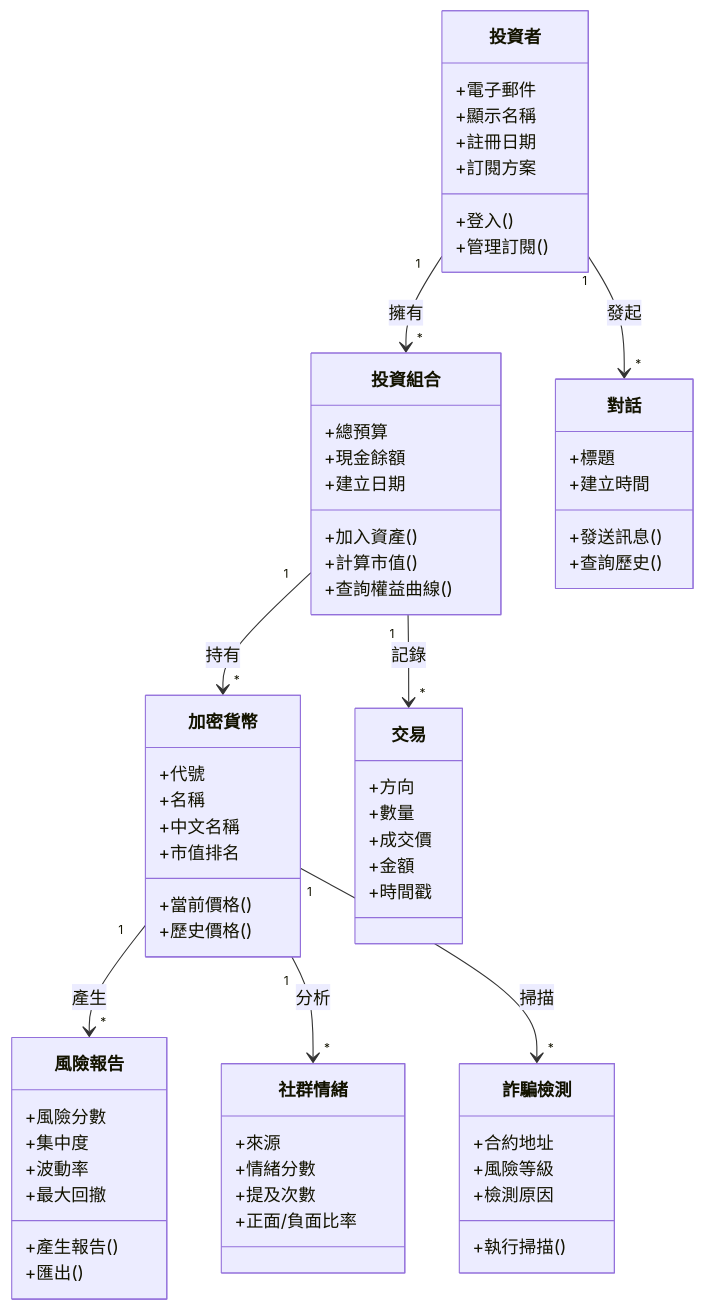
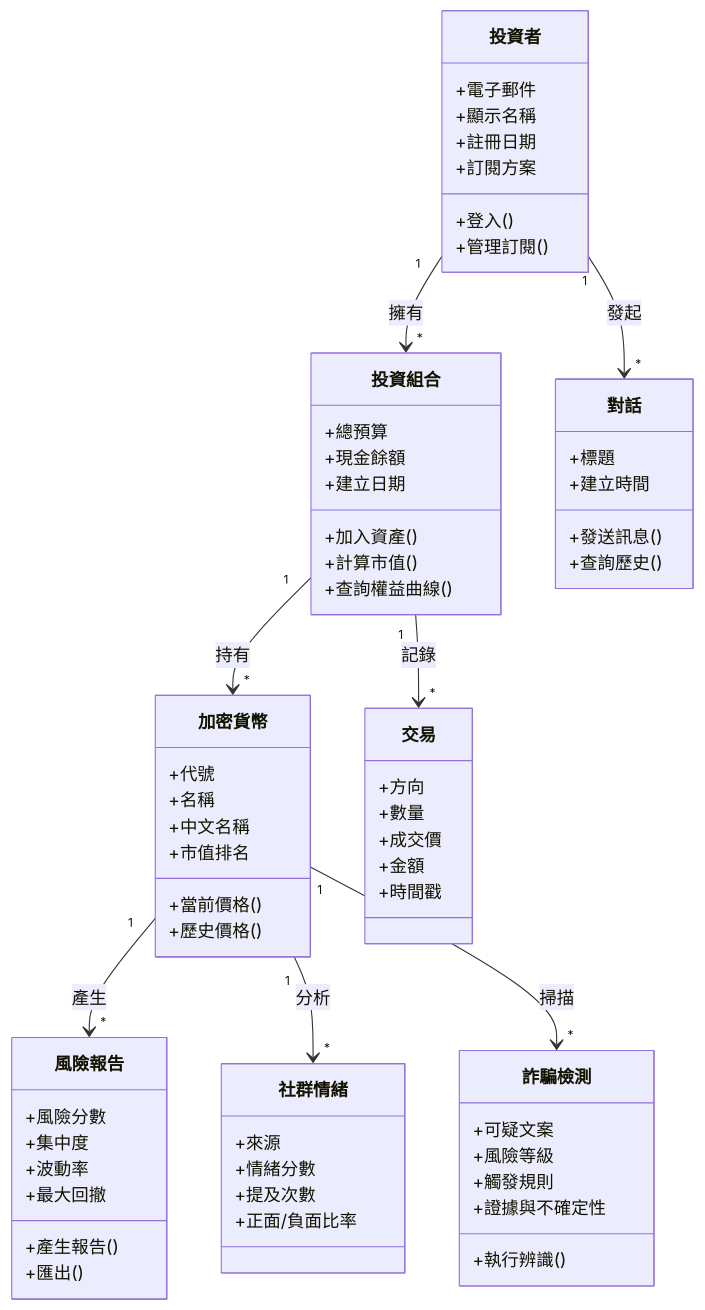
The first of 7 diagrams in docs/06-設計模型.md (ziii-11246083/cip), drawn with Mermaid before and after one commit. The commit also changed other lines of this file and 66 other files, not shown here.

````diff
--- a/docs/06-設計模型.md
+++ b/docs/06-設計模型.md
@@ -36,75 +36,76 @@
 ```mermaid
 classDiagram
     class 投資者 {
         +電子郵件
         +顯示名稱
         +註冊日期
         +訂閱方案
         +登入()
         +管理訂閱()
     }
 
     class 投資組合 {
         +總預算
         +現金餘額
         +建立日期
         +加入資產()
         +計算市值()
         +查詢權益曲線()
     }
 
     class 加密貨幣 {
         +代號
         +名稱
         +中文名稱
         +市值排名
         +當前價格()
         +歷史價格()
     }
 
     class 風險報告 {
         +風險分數
         +集中度
         +波動率
         +最大回撤
         +產生報告()
         +匯出()
     }
 
     class 交易 {
         +方向
         +數量
         +成交價
         +金額
         +時間戳
     }
 
     class 社群情緒 {
         +來源
         +情緒分數
         +提及次數
         +正面/負面比率
     }
 
     class 詐騙檢測 {
-        +合約地址
+        +可疑文案
         +風險等級
-        +檢測原因
-        +執行掃描()
+        +觸發規則
+        +證據與不確定性
+        +執行辨識()
     }
 
     class 對話 {
         +標題
         +建立時間
         +發送訊息()
         +查詢歷史()
     }
 
     投資者 "1" --> "*" 投資組合 : 擁有
     投資者 "1" --> "*" 對話 : 發起
     投資組合 "1" --> "*" 加密貨幣 : 持有
     投資組合 "1" --> "*" 交易 : 記錄
     加密貨幣 "1" --> "*" 風險報告 : 產生
     加密貨幣 "1" --> "*" 社群情緒 : 分析
     加密貨幣 "1" --> "*" 詐騙檢測 : 掃描
 ```
````
